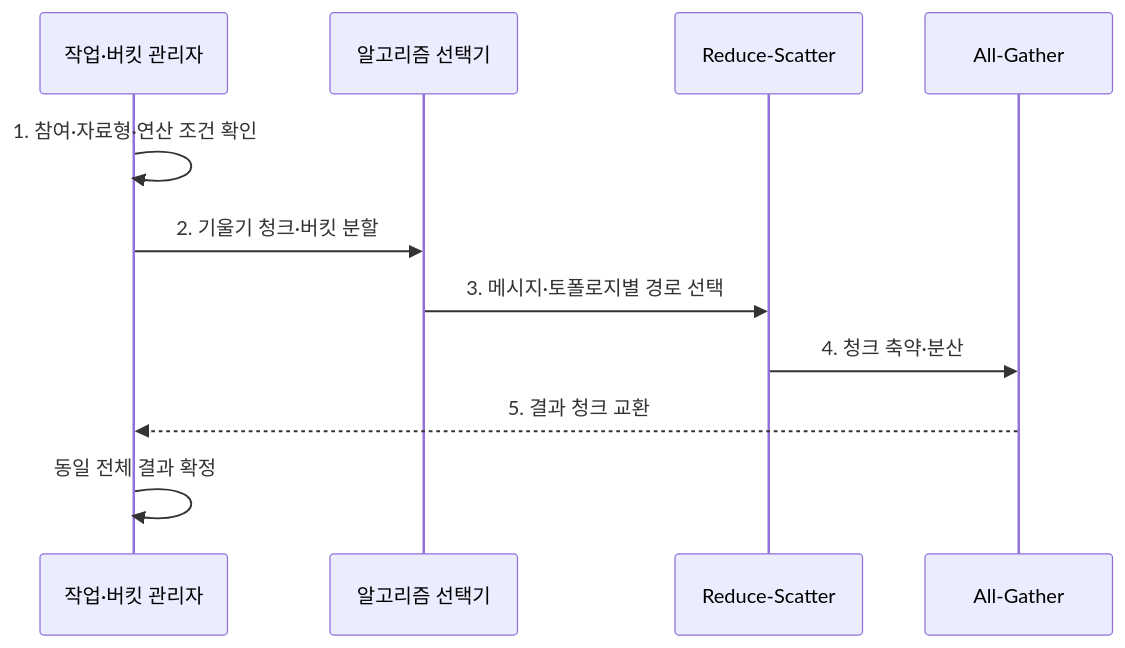
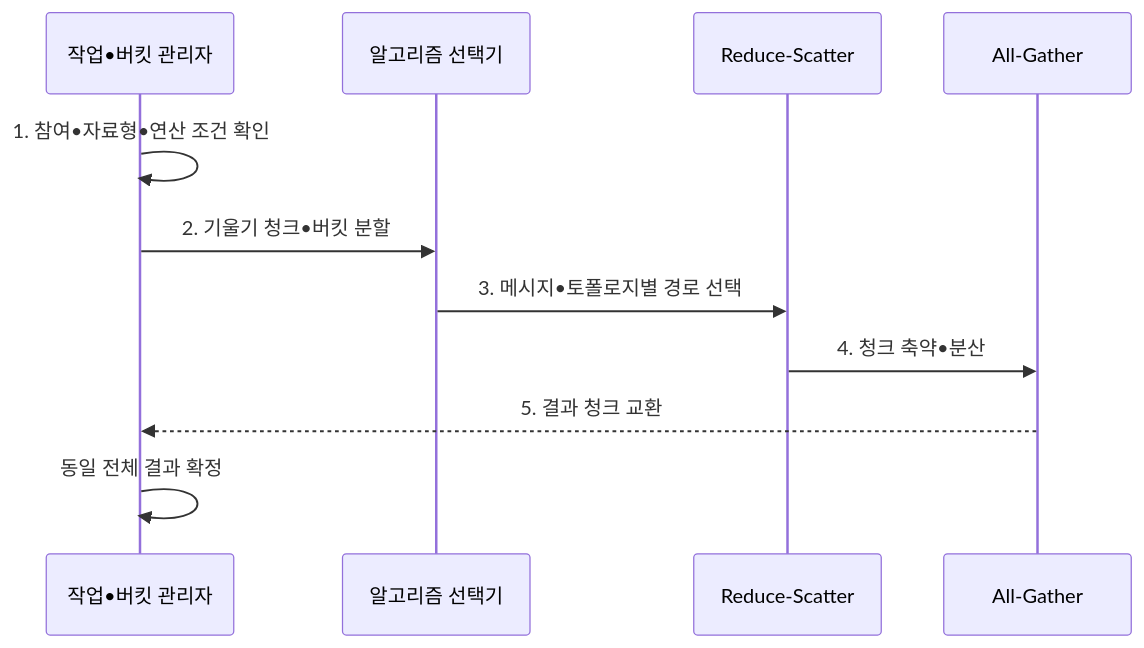
Before and after one commit to agnusdei1207/knowledge-base: the second of 2 diagrams in src/content/docs/notes/08-latest-tech/153_all_reduce.md, drawn with Mermaid. The commit also changed other lines of this file and 953 other files, not shown here.

````diff
--- a/src/content/docs/notes/08-latest-tech/153_all_reduce.md
+++ b/src/content/docs/notes/08-latest-tech/153_all_reduce.md
@@ -104,13 +104,13 @@
 ```mermaid
 sequenceDiagram
-    participant B as 작업·버킷 관리자
+    participant B as 작업•버킷 관리자
     participant A as 알고리즘 선택기
     participant R as Reduce-Scatter
     participant G as All-Gather
-    B->>B: 1. 참여·자료형·연산 조건 확인
-    B->>A: 2. 기울기 청크·버킷 분할
-    A->>R: 3. 메시지·토폴로지별 경로 선택
-    R->>G: 4. 청크 축약·분산
+    B->>B: 1. 참여•자료형•연산 조건 확인
+    B->>A: 2. 기울기 청크•버킷 분할
+    A->>R: 3. 메시지•토폴로지별 경로 선택
+    R->>G: 4. 청크 축약•분산
     G-->>B: 5. 결과 청크 교환
     B->>B: 동일 전체 결과 확정
 ```
````
